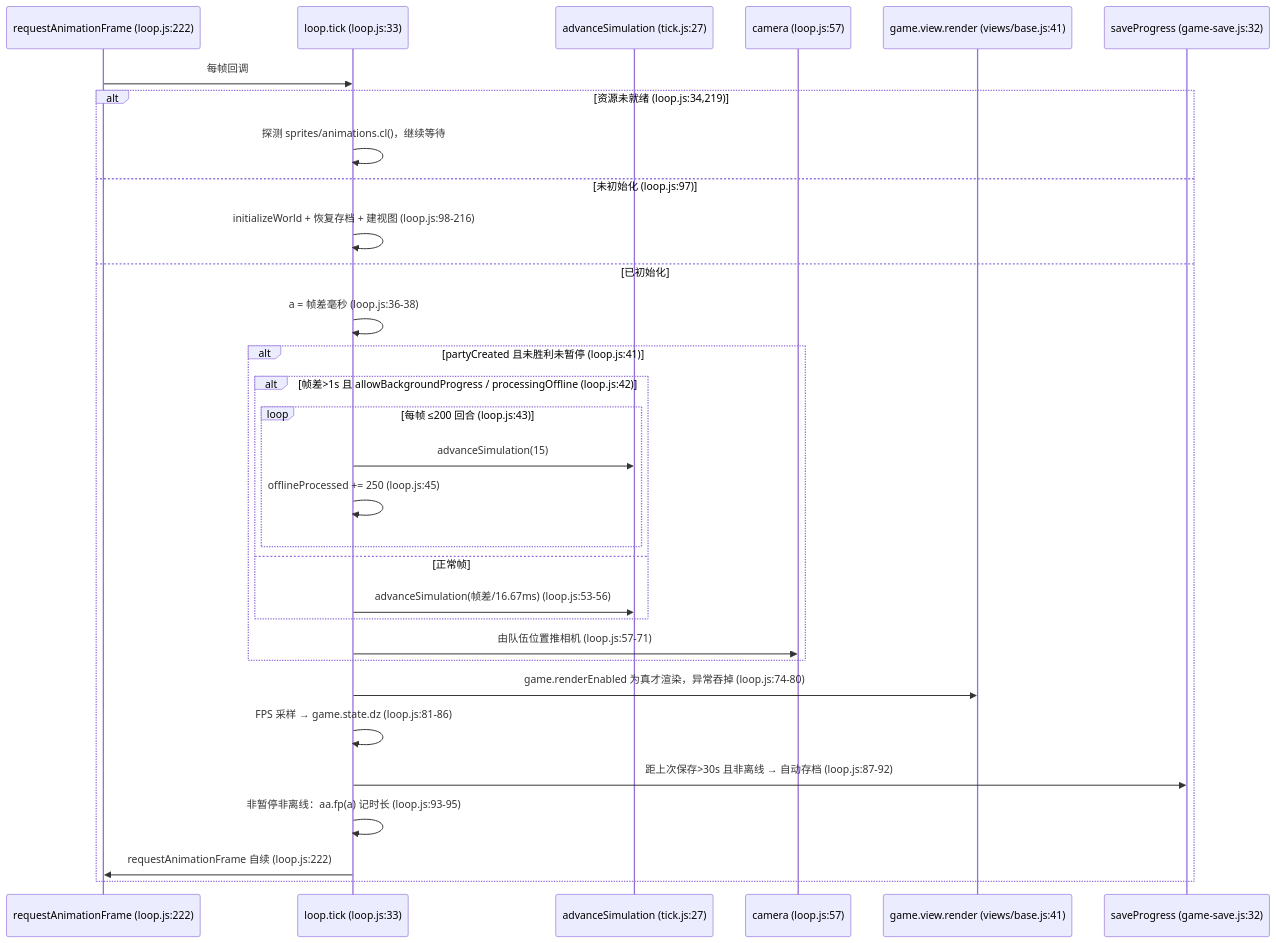
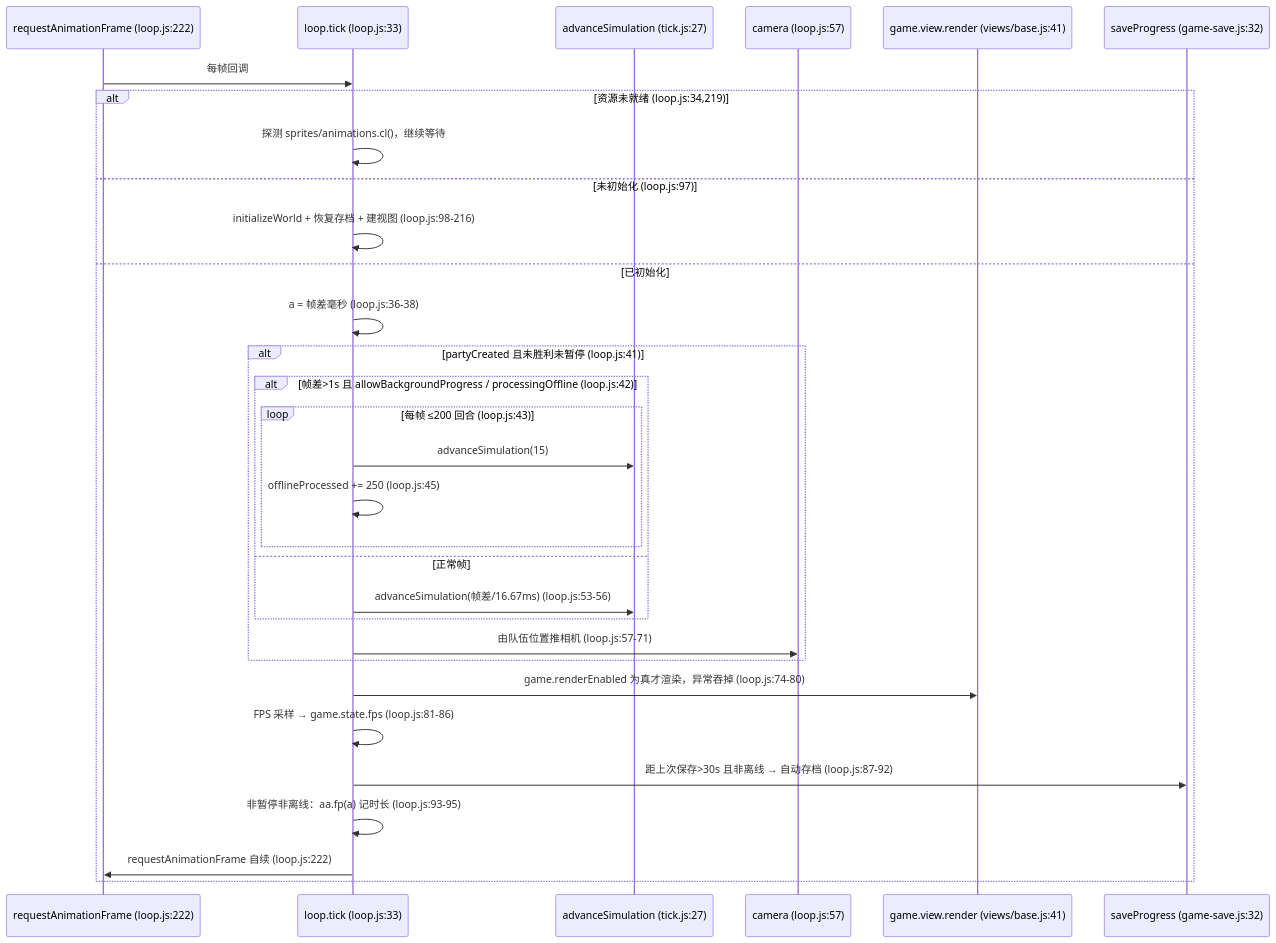
Before and after one commit to TT-106/click: the second of 6 diagrams in docs/architecture.md, drawn with Mermaid. The commit also changed other lines of this file and 17 other files, not shown here.

````diff
--- a/docs/architecture.md
+++ b/docs/architecture.md
@@ -104,34 +113,34 @@
 ```mermaid
 sequenceDiagram
     participant RAF as requestAnimationFrame (loop.js:222)
     participant L as loop.tick (loop.js:33)
     participant S as advanceSimulation (tick.js:27)
     participant C as camera (loop.js:57)
     participant V as game.view.render (views/base.js:41)
     participant P as saveProgress (game-save.js:32)
 
     RAF->>L: 每帧回调
     alt 资源未就绪 (loop.js:34,219)
         L->>L: 探测 sprites/animations.cl()，继续等待
     else 未初始化 (loop.js:97)
         L->>L: initializeWorld + 恢复存档 + 建视图 (loop.js:98-216)
     else 已初始化
         L->>L: a = 帧差毫秒 (loop.js:36-38)
         alt partyCreated 且未胜利未暂停 (loop.js:41)
             alt 帧差>1s 且 allowBackgroundProgress / processingOffline (loop.js:42)
                 loop 每帧 ≤200 回合 (loop.js:43)
                     L->>S: advanceSimulation(15)
                     L->>L: offlineProcessed += 250 (loop.js:45)
                 end
             else 正常帧
                 L->>S: advanceSimulation(帧差/16.67ms) (loop.js:53-56)
             end
             L->>C: 由队伍位置推相机 (loop.js:57-71)
         end
         L->>V: game.renderEnabled 为真才渲染，异常吞掉 (loop.js:74-80)
-        L->>L: FPS 采样 → game.state.dz (loop.js:81-86)
+        L->>L: FPS 采样 → game.state.fps (loop.js:81-86)
         L->>P: 距上次保存>30s 且非离线 → 自动存档 (loop.js:87-92)
         L->>L: 非暂停非离线：aa.fp(a) 记时长 (loop.js:93-95)
         L->>RAF: requestAnimationFrame 自续 (loop.js:222)
     end
 ```
````
